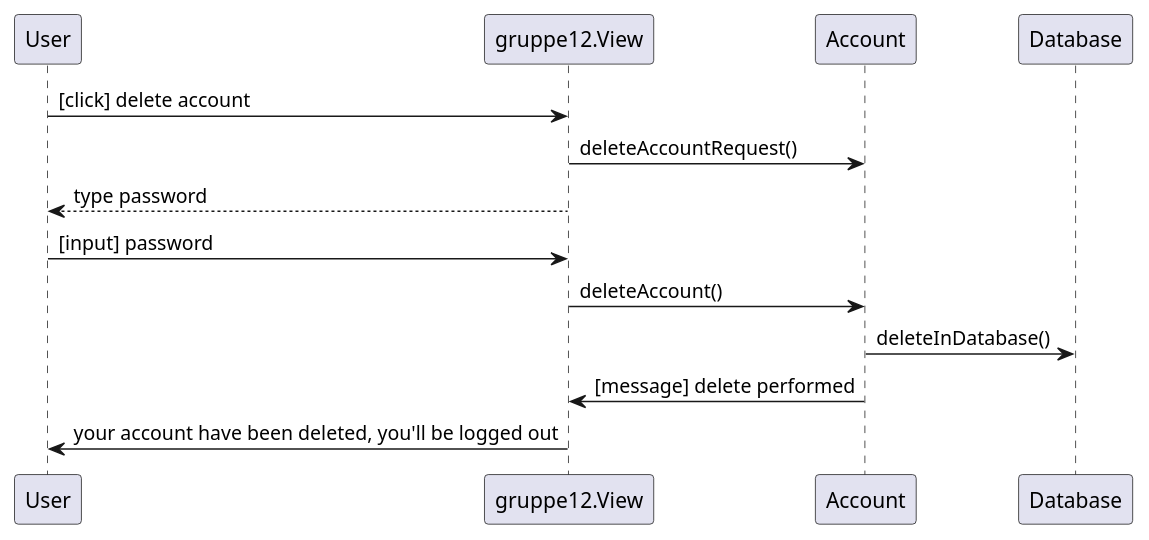
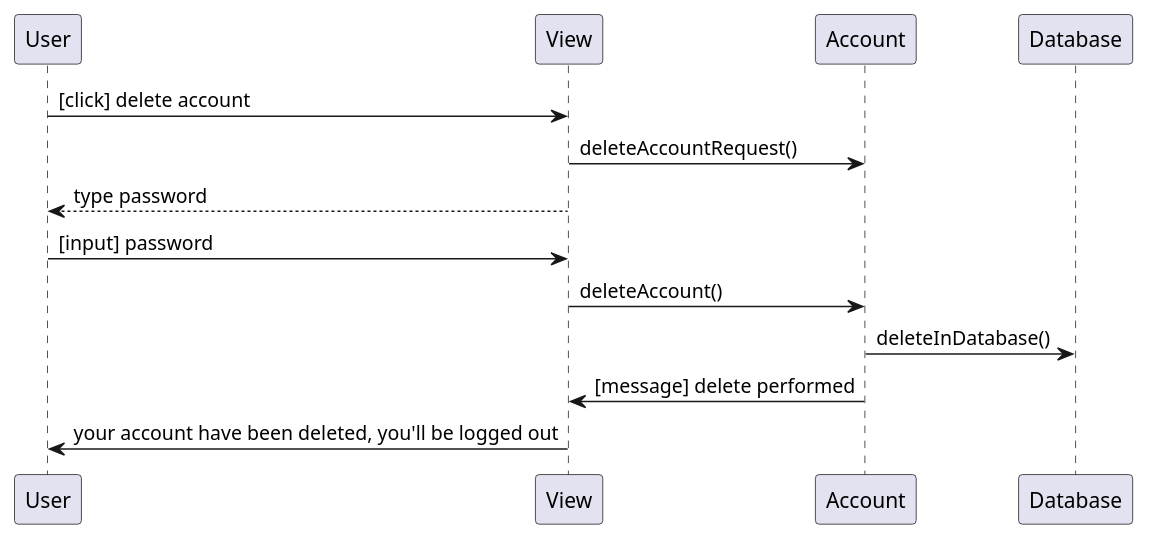
The diagram in src/main/java/gruppe12/Charts/Sequence/alt/EditAccountSequence.puml (simenvl/software-engineering_g12), drawn with PlantUML before and after one commit. The commit also changed 34 other files, not shown here.

```diff
--- a/src/main/java/gruppe12/Charts/Sequence/alt/EditAccountSequence.puml
+++ b/src/main/java/gruppe12/Charts/Sequence/alt/EditAccountSequence.puml
@@ -1,10 +1,10 @@
 @startuml
-User -> gruppe12.View: [click] delete account
-gruppe12.View -> Account: deleteAccountRequest()
-gruppe12.View --> User: type password
-User -> gruppe12.View: [input] password
-gruppe12.View -> Account: deleteAccount()
+User -> View: [click] delete account
+View -> Account: deleteAccountRequest()
+View --> User: type password
+User -> View: [input] password
+View -> Account: deleteAccount()
 Account -> Database: deleteInDatabase()
-Account -> gruppe12.View: [message] delete performed
-gruppe12.View -> User: your account have been deleted, you'll be logged out
+Account -> View: [message] delete performed
+View -> User: your account have been deleted, you'll be logged out
 @enduml
```
